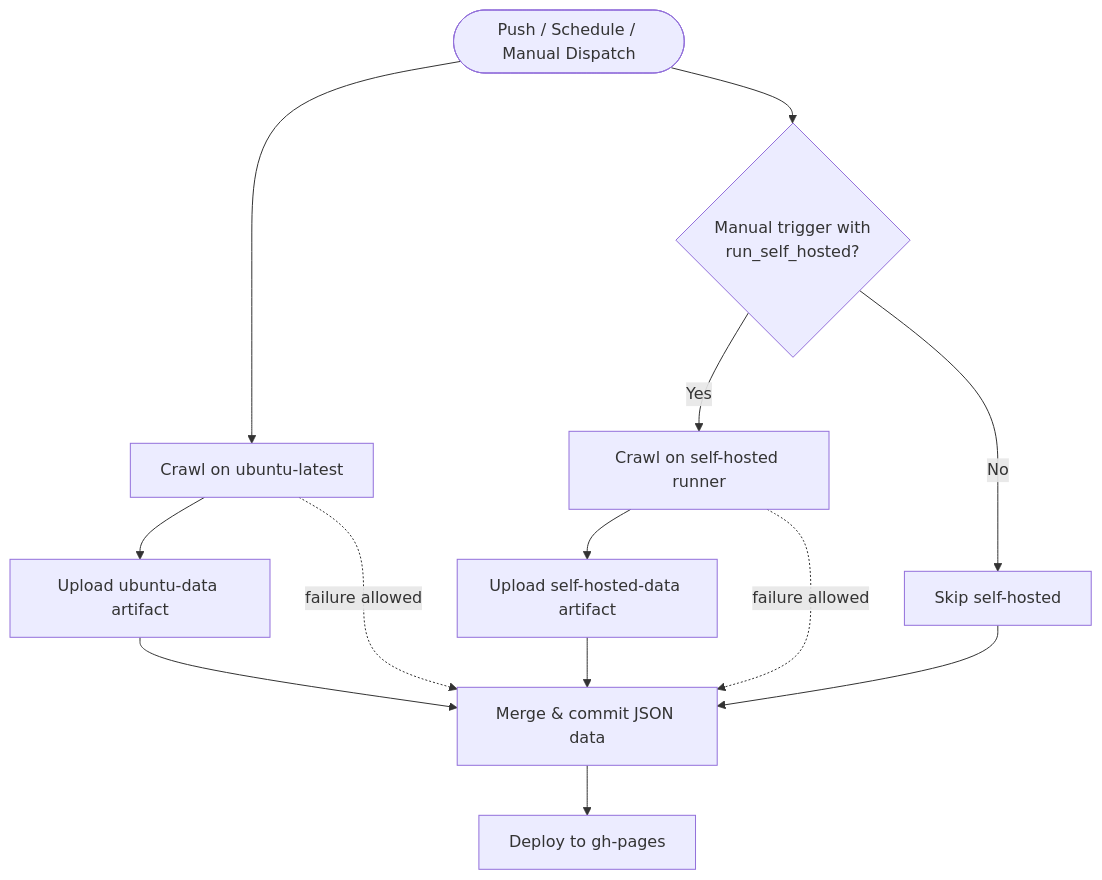
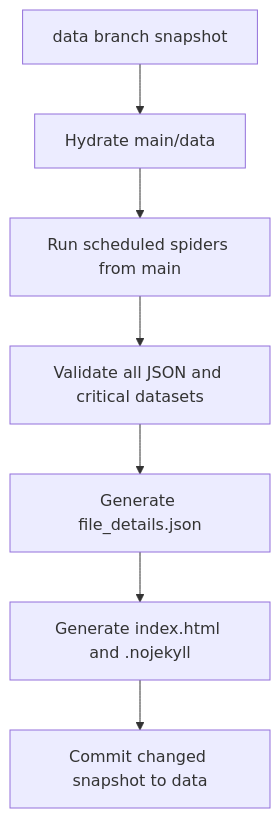
The diagram in workflow.md (NTHU-SA/NTHU-Data-Scraper), drawn with Mermaid before and after one commit. The commit also changed other lines of this file and 15 other files, not shown here.

First line of the commit message:
feat: Migrate data publishing to a dedicated branch (#14)

````diff
--- a/workflow.md
+++ b/workflow.md
@@ -49,15 +22,9 @@
 ```mermaid
 flowchart TD
-  trigger([Push / Schedule / Manual Dispatch]) --> ubuntu[Crawl on ubuntu-latest]
-  trigger --> manualCheck{Manual trigger with<br/>run_self_hosted?}
-  manualCheck -->|Yes| selfHosted[Crawl on self-hosted runner]
-  manualCheck -->|No| skip[Skip self-hosted]
-  ubuntu --> ubArtifact[Upload ubuntu-data artifact]
-  selfHosted --> shArtifact[Upload self-hosted-data artifact]
-  ubArtifact --> commit[Merge & commit JSON data]
-  shArtifact --> commit
-  skip --> commit
-  ubuntu -. failure allowed .-> commit
-  selfHosted -. failure allowed .-> commit
-  commit --> deploy[Deploy to gh-pages]
+  snapshot[data branch snapshot] --> hydrate[Hydrate main/data]
+  hydrate --> crawl[Run scheduled spiders from main]
+  crawl --> validate[Validate all JSON and critical datasets]
+  validate --> metadata[Generate file_details.json]
+  metadata --> index[Generate index.html and .nojekyll]
+  index --> commit[Commit changed snapshot to data]
 ```
````
